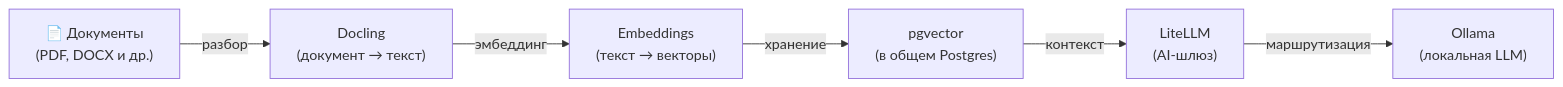
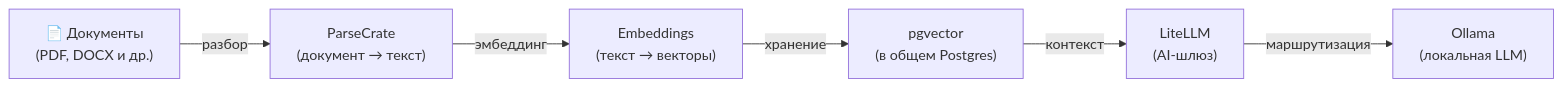
Before and after one commit to hwdsl2/self-hosted-ai-stack: the diagram in stacks/rag-pipeline-full/README-ru.md, drawn with Mermaid. The commit also changed other lines of this file and 26 other files, not shown here.

````diff
--- a/stacks/rag-pipeline-full/README-ru.md
+++ b/stacks/rag-pipeline-full/README-ru.md
@@ -17,8 +17,8 @@
 ```mermaid
 graph LR
-    D["📄 Документы<br/>(PDF, DOCX и др.)"] -->|разбор| DC["Docling<br/>(документ → текст)"]
+    D["📄 Документы<br/>(PDF, DOCX и др.)"] -->|разбор| DC["ParseCrate<br/>(документ → текст)"]
     DC -->|эмбеддинг| E["Embeddings<br/>(текст → векторы)"]
     E -->|хранение| VDB["pgvector<br/>(в общем Postgres)"]
     VDB -->|контекст| L["LiteLLM<br/>(AI-шлюз)"]
     L -->|маршрутизация| O["Ollama<br/>(локальная LLM)"]
 ```
````
